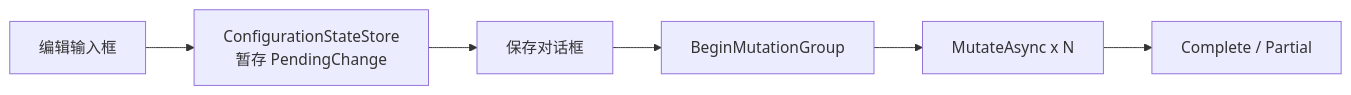
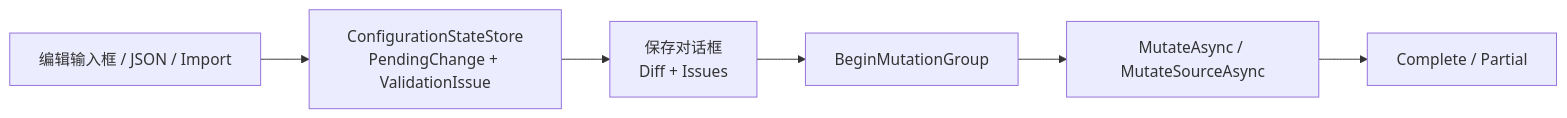
Before and after one commit to Tairitsua/Monica.Docs: the diagram in docs/zh-CN/modules/configuration-ui/configuration.md, drawn with Mermaid. The commit also changed other lines of this file and 10 other files, not shown here.

Commit message:
docs(configuration): refresh storage and source-chain docs

````diff
--- a/docs/zh-CN/modules/configuration-ui/configuration.md
+++ b/docs/zh-CN/modules/configuration-ui/configuration.md
@@ -31,11 +42,11 @@
 ```mermaid
 flowchart LR
-    edit["编辑输入框"]
-    staged["ConfigurationStateStore<br/>暂存 PendingChange"]
-    dialog["保存对话框"]
+    edit["编辑输入框 / JSON / Import"]
+    staged["ConfigurationStateStore<br/>PendingChange + ValidationIssue"]
+    dialog["保存对话框<br/>Diff + Issues"]
     group["BeginMutationGroup"]
-    mutate["MutateAsync x N"]
+    mutate["MutateAsync / MutateSourceAsync"]
     complete["Complete / Partial"]
 
     edit --> staged --> dialog --> group --> mutate --> complete
 ```
````
